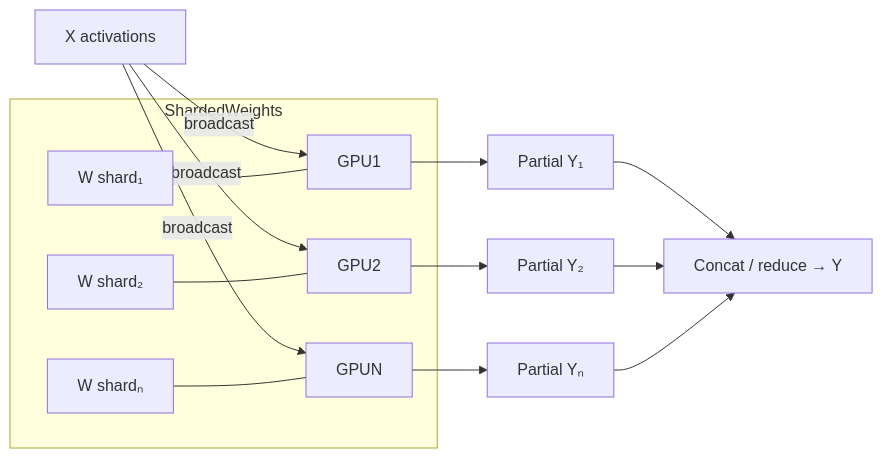
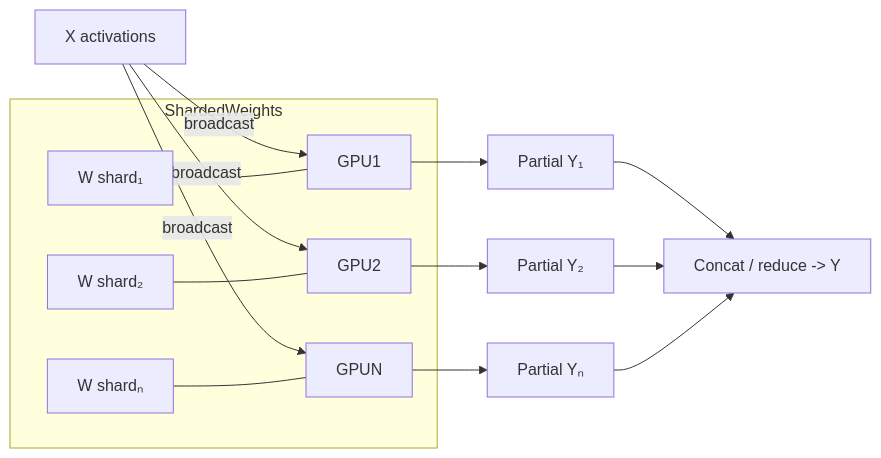
One commit to slavadubrov/notes changed the third of 7 diagrams in docs/blog/posts/2025-05-04-scaling-llms.md. Above: the diagram before and after it, drawn with Mermaid. The commit also changed other lines of this file and 1 other file, not shown here.

````diff
--- a/docs/blog/posts/2025-05-04-scaling-llms.md
+++ b/docs/blog/posts/2025-05-04-scaling-llms.md
@@ -118,15 +135,15 @@
 ```mermaid
 flowchart LR
     A[X activations] --> |broadcast| X1[GPU1]
     A --> |broadcast| X2[GPU2]
     A --> |broadcast| XN[GPUN]
     subgraph ShardedWeights
         W1[W shard₁] --- X1
         W2[W shard₂] --- X2
         WN[W shardₙ] --- XN
     end
     X1 --> P1[Partial Y₁]
     X2 --> P2[Partial Y₂]
     XN --> PN[Partial Yₙ]
-    P1 & P2 & PN --> C[Concat / reduce → Y]
+    P1 & P2 & PN --> C[Concat / reduce -> Y]
 ```
````
